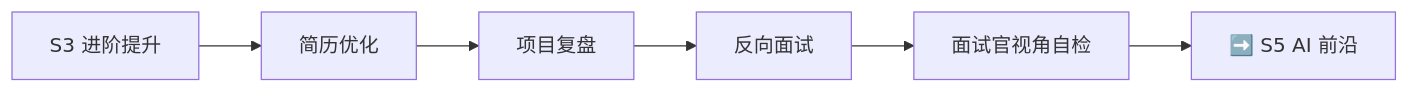
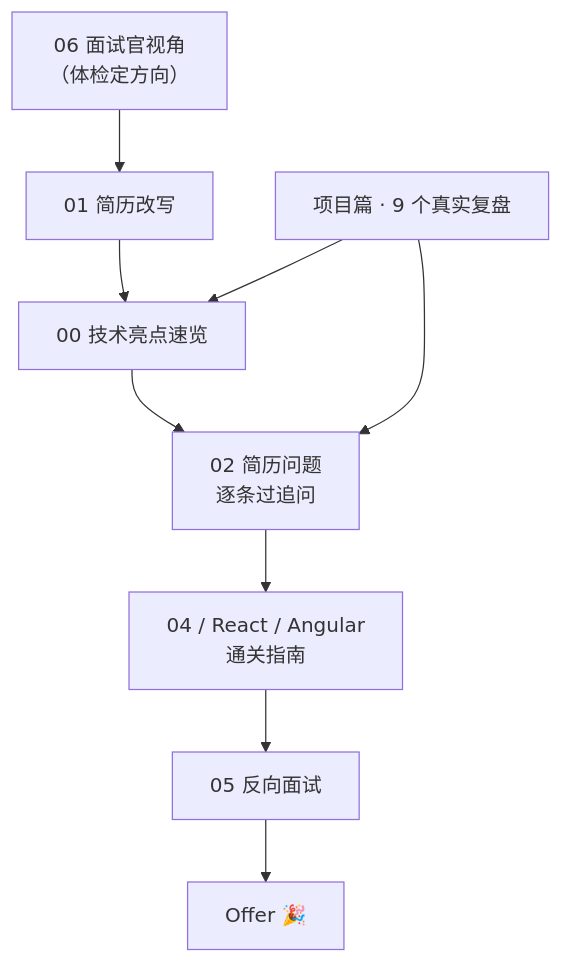
Before and after one commit to KMaybe01/interview-demo: the diagram in docs/S4-面试冲刺/index.md, drawn with Mermaid. The commit also changed other lines of this file and 9 other files, not shown here.

````diff
--- a/docs/S4-面试冲刺/index.md
+++ b/docs/S4-面试冲刺/index.md
@@ -42,8 +49,11 @@
 ```mermaid
-graph LR
-    S3["S3 进阶提升"] --> Resume["简历优化"]
-    Resume --> Projects["项目复盘"]
-    Projects --> Reverse["反向面试"]
-    Reverse --> Review["面试官视角自检"]
-    Review --> S5["➡️ S5 AI 前沿"]
+graph TB
+    A["06 面试官视角<br/>（体检定方向）"] --> B["01 简历改写"]
+    B --> C["00 技术亮点速览"]
+    C --> D["02 简历问题<br/>逐条过追问"]
+    D --> E["04 / React / Angular<br/>通关指南"]
+    E --> F["05 反向面试"]
+    F --> G["Offer 🎉"]
+    H["项目篇 · 9 个真实复盘"] --> D
+    H --> C
 ```
````
